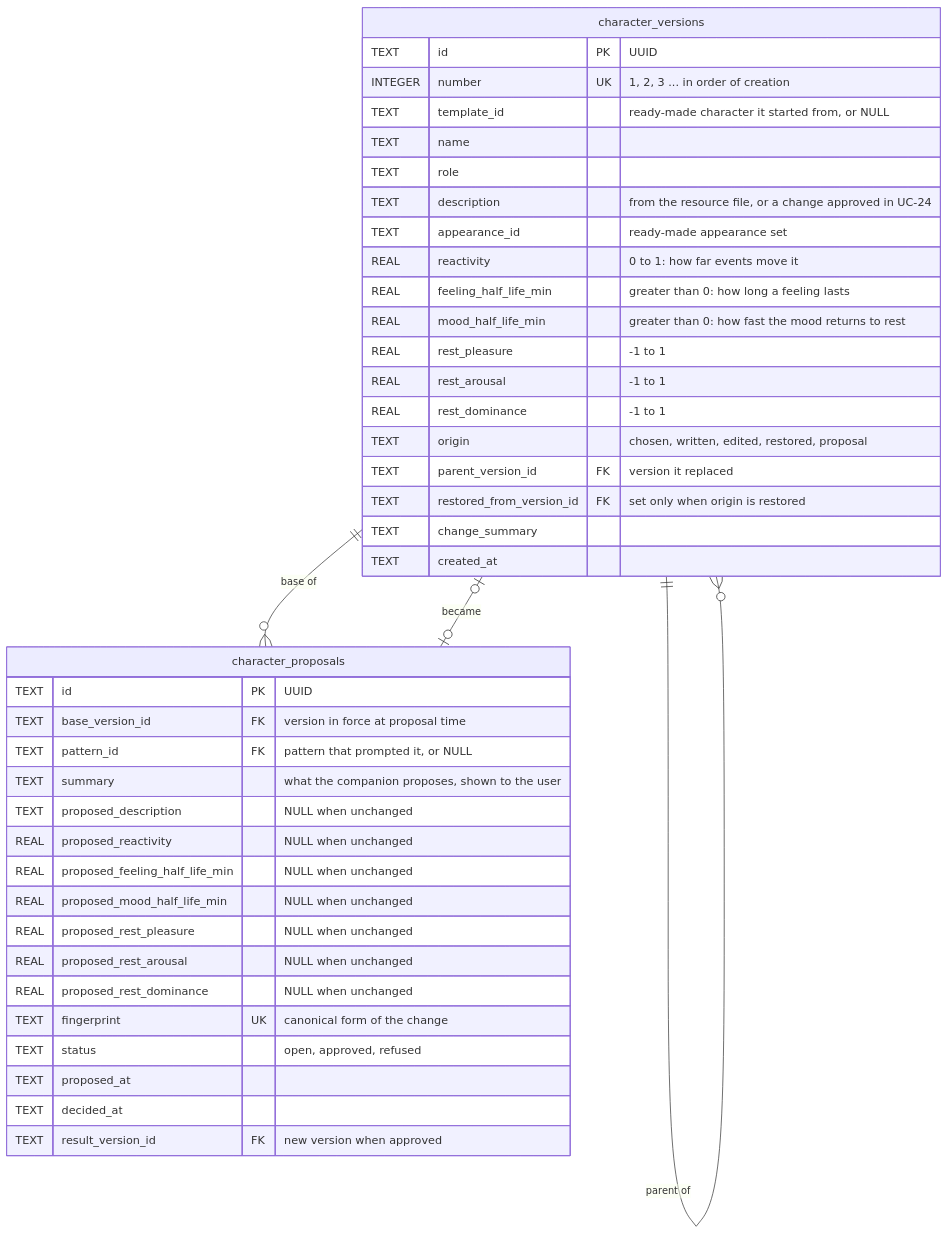
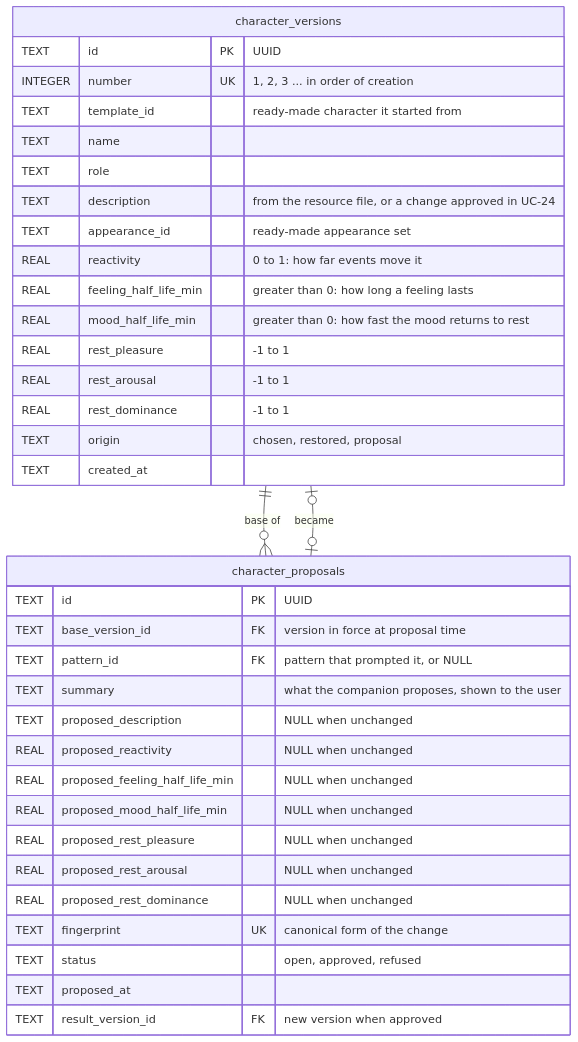
One commit to NguyenVu04/cognia changed the second of 10 diagrams in docs/ERD.md. Above: the diagram before and after it, drawn with Mermaid. The commit also changed other lines of this file and 40 other files, not shown here.

````diff
--- a/docs/ERD.md
+++ b/docs/ERD.md
@@ -149,44 +202,39 @@
 ```mermaid
 erDiagram
     character_versions {
         TEXT id PK "UUID"
         INTEGER number UK "1, 2, 3 ... in order of creation"
-        TEXT template_id "ready-made character it started from, or NULL"
+        TEXT template_id "ready-made character it started from"
         TEXT name
         TEXT role
         TEXT description "from the resource file, or a change approved in UC-24"
         TEXT appearance_id "ready-made appearance set"
         REAL reactivity "0 to 1: how far events move it"
         REAL feeling_half_life_min "greater than 0: how long a feeling lasts"
         REAL mood_half_life_min "greater than 0: how fast the mood returns to rest"
         REAL rest_pleasure "-1 to 1"
         REAL rest_arousal "-1 to 1"
         REAL rest_dominance "-1 to 1"
-        TEXT origin "chosen, written, edited, restored, proposal"
-        TEXT parent_version_id FK "version it replaced"
-        TEXT restored_from_version_id FK "set only when origin is restored"
-        TEXT change_summary
+        TEXT origin "chosen, restored, proposal"
         TEXT created_at
     }
     character_proposals {
         TEXT id PK "UUID"
         TEXT base_version_id FK "version in force at proposal time"
         TEXT pattern_id FK "pattern that prompted it, or NULL"
         TEXT summary "what the companion proposes, shown to the user"
         TEXT proposed_description "NULL when unchanged"
         REAL proposed_reactivity "NULL when unchanged"
         REAL proposed_feeling_half_life_min "NULL when unchanged"
         REAL proposed_mood_half_life_min "NULL when unchanged"
         REAL proposed_rest_pleasure "NULL when unchanged"
         REAL proposed_rest_arousal "NULL when unchanged"
         REAL proposed_rest_dominance "NULL when unchanged"
         TEXT fingerprint UK "canonical form of the change"
         TEXT status "open, approved, refused"
         TEXT proposed_at
-        TEXT decided_at
         TEXT result_version_id FK "new version when approved"
     }
-    character_versions ||--o{ character_versions : "parent of"
     character_versions ||--o{ character_proposals : "base of"
     character_proposals |o--o| character_versions : "became"
 ```
````
